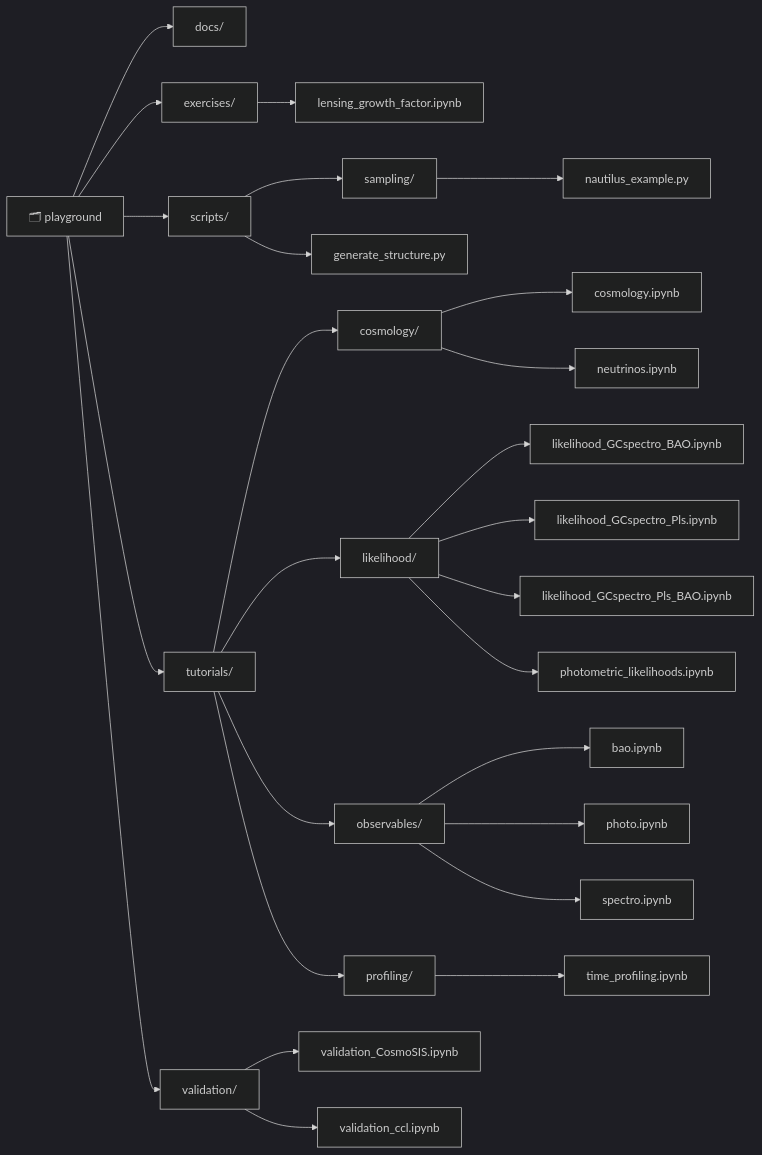
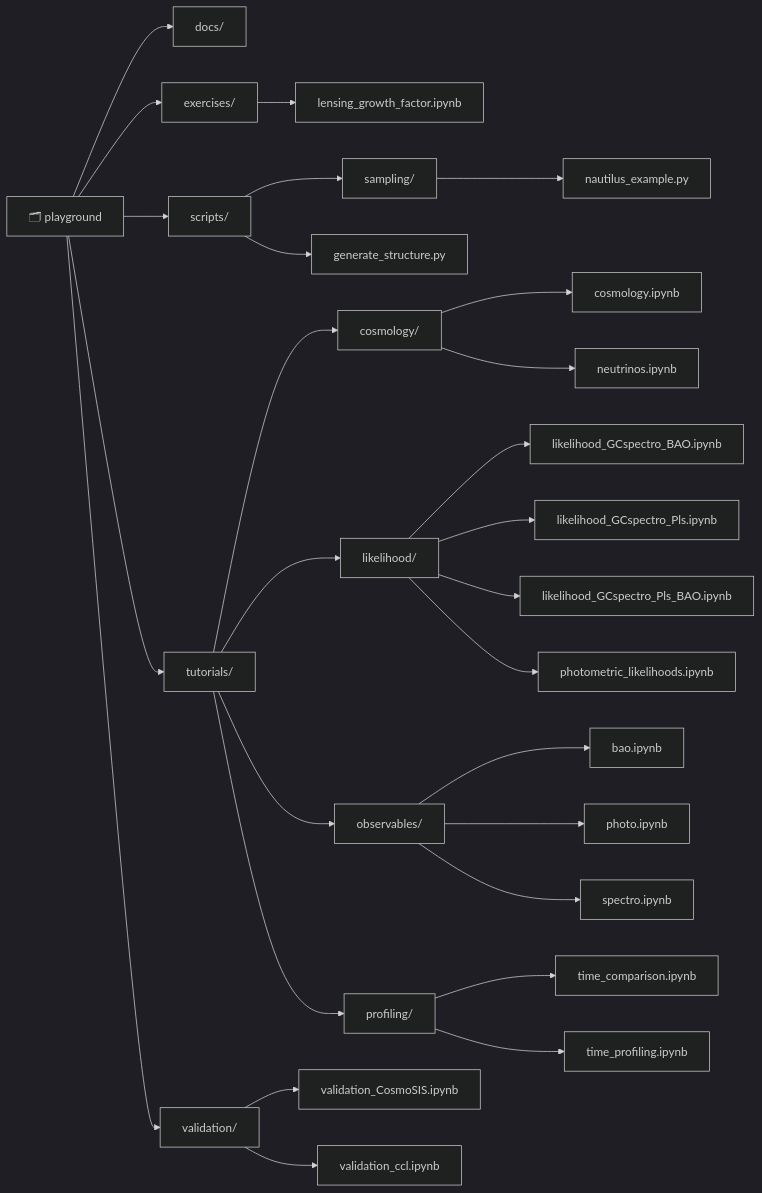
One commit to cloe-org/playground changed the diagram in README.md. Above: the diagram before and after it, drawn with Mermaid (dark theme). The commit also changed 1 other file, not shown here.

Commit message:
gh-155: fix update-structure workflow under branch protection (#158)

````diff
--- a/README.md
+++ b/README.md
@@ -42,55 +42,57 @@
 ```mermaid
 graph LR
     root[🗂 playground]
     root__docs[docs/]
     root__exercises[exercises/]
     root__exercises__lensing_growth_factor_ipynb[lensing_growth_factor.ipynb]
     root__scripts[scripts/]
     root__scripts__sampling[sampling/]
     root__scripts__sampling__nautilus_example_py[nautilus_example.py]
     root__scripts__generate_structure_py[generate_structure.py]
     root__tutorials[tutorials/]
     root__tutorials__cosmology[cosmology/]
     root__tutorials__cosmology__cosmology_ipynb[cosmology.ipynb]
     root__tutorials__cosmology__neutrinos_ipynb[neutrinos.ipynb]
     root__tutorials__likelihood[likelihood/]
     root__tutorials__likelihood__likelihood_GCspectro_BAO_ipynb[likelihood_GCspectro_BAO.ipynb]
     root__tutorials__likelihood__likelihood_GCspectro_Pls_ipynb[likelihood_GCspectro_Pls.ipynb]
     root__tutorials__likelihood__likelihood_GCspectro_Pls_BAO_ipynb[likelihood_GCspectro_Pls_BAO.ipynb]
     root__tutorials__likelihood__photometric_likelihoods_ipynb[photometric_likelihoods.ipynb]
     root__tutorials__observables[observables/]
     root__tutorials__observables__bao_ipynb[bao.ipynb]
     root__tutorials__observables__photo_ipynb[photo.ipynb]
     root__tutorials__observables__spectro_ipynb[spectro.ipynb]
     root__tutorials__profiling[profiling/]
+    root__tutorials__profiling__time_comparison_ipynb[time_comparison.ipynb]
     root__tutorials__profiling__time_profiling_ipynb[time_profiling.ipynb]
     root__validation[validation/]
     root__validation__validation_CosmoSIS_ipynb[validation_CosmoSIS.ipynb]
     root__validation__validation_ccl_ipynb[validation_ccl.ipynb]
 
     root --> root__docs
     root --> root__exercises
     root__exercises --> root__exercises__lensing_growth_factor_ipynb
     root --> root__scripts
     root__scripts --> root__scripts__sampling
     root__scripts__sampling --> root__scripts__sampling__nautilus_example_py
     root__scripts --> root__scripts__generate_structure_py
     root --> root__tutorials
     root__tutorials --> root__tutorials__cosmology
     root__tutorials__cosmology --> root__tutorials__cosmology__cosmology_ipynb
     root__tutorials__cosmology --> root__tutorials__cosmology__neutrinos_ipynb
     root__tutorials --> root__tutorials__likelihood
     root__tutorials__likelihood --> root__tutorials__likelihood__likelihood_GCspectro_BAO_ipynb
     root__tutorials__likelihood --> root__tutorials__likelihood__likelihood_GCspectro_Pls_ipynb
     root__tutorials__likelihood --> root__tutorials__likelihood__likelihood_GCspectro_Pls_BAO_ipynb
     root__tutorials__likelihood --> root__tutorials__likelihood__photometric_likelihoods_ipynb
     root__tutorials --> root__tutorials__observables
     root__tutorials__observables --> root__tutorials__observables__bao_ipynb
     root__tutorials__observables --> root__tutorials__observables__photo_ipynb
     root__tutorials__observables --> root__tutorials__observables__spectro_ipynb
     root__tutorials --> root__tutorials__profiling
+    root__tutorials__profiling --> root__tutorials__profiling__time_comparison_ipynb
     root__tutorials__profiling --> root__tutorials__profiling__time_profiling_ipynb
     root --> root__validation
     root__validation --> root__validation__validation_CosmoSIS_ipynb
     root__validation --> root__validation__validation_ccl_ipynb
 ```
````
